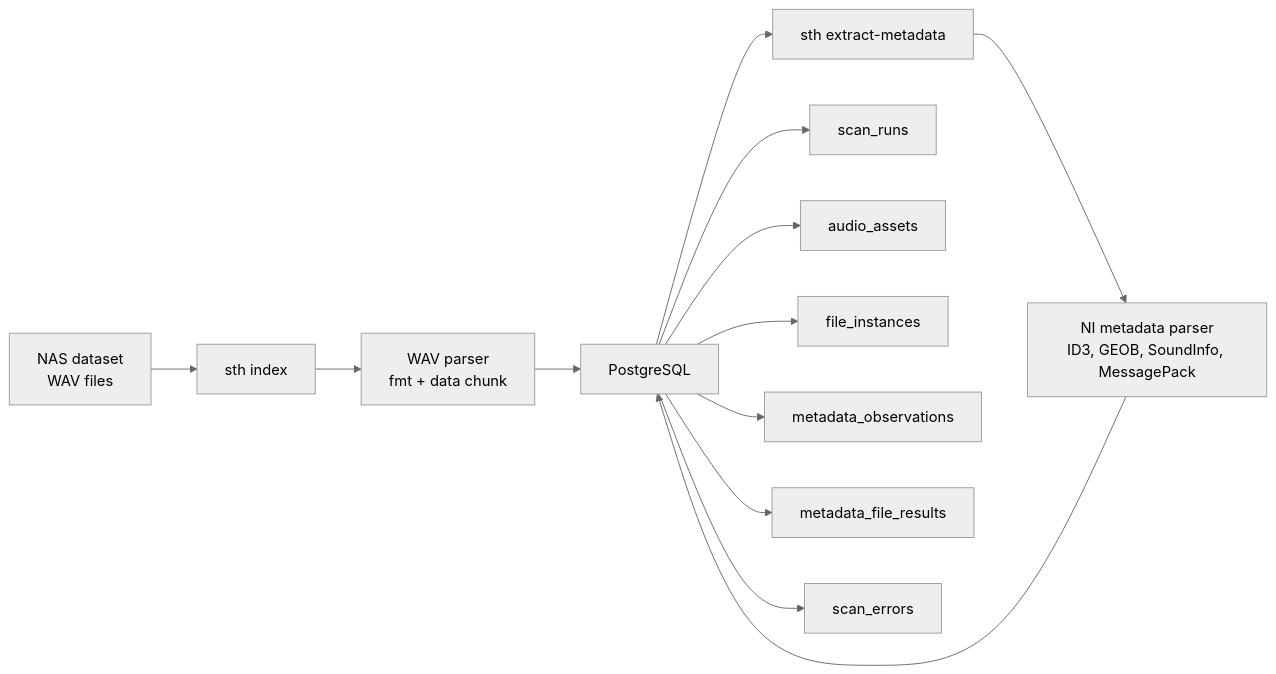
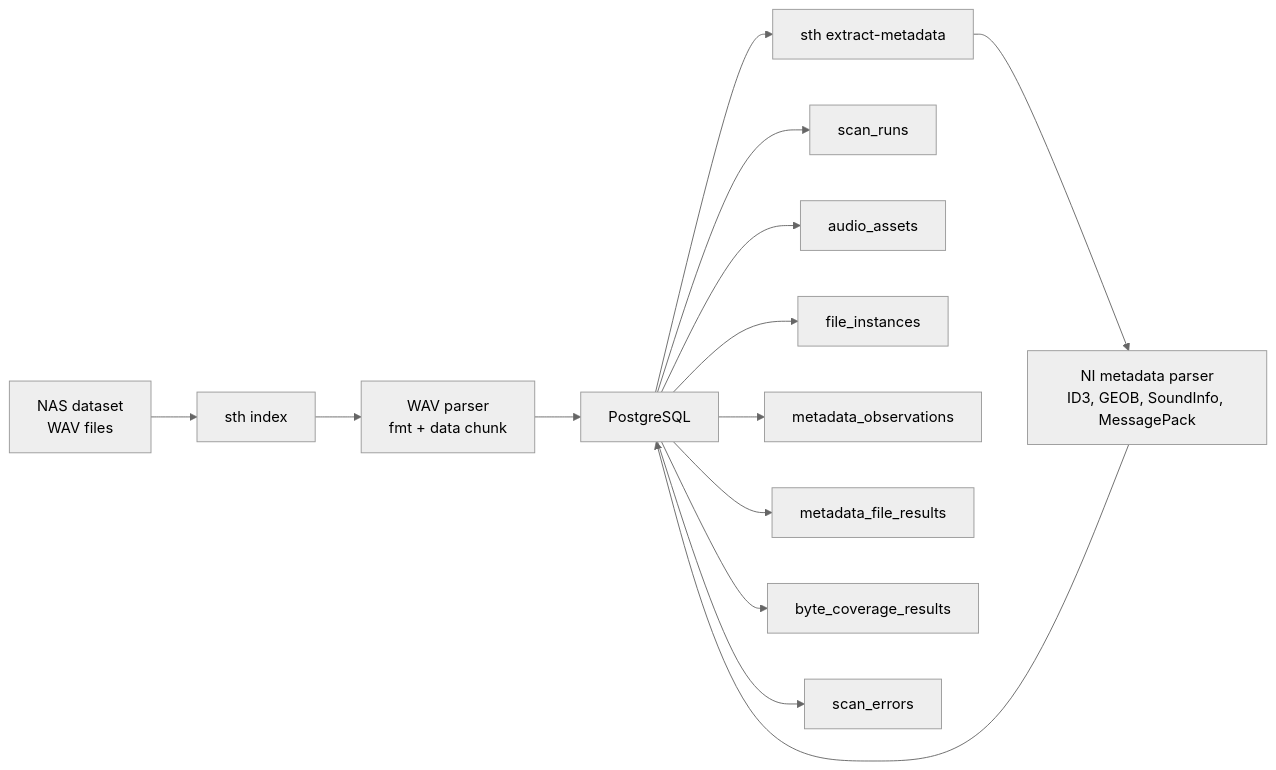
Before and after one commit to stefanklocke/sampletagharmonizer: the diagram in src/sampletagharmonizer/db/README.md, drawn with Mermaid (neutral theme). The commit also changed other lines of this file and 8 other files, not shown here.

Commit message:
byte coverage cases completed

````diff
--- a/src/sampletagharmonizer/db/README.md
+++ b/src/sampletagharmonizer/db/README.md
@@ -22,24 +22,25 @@
 ```mermaid
 flowchart LR
     nas["NAS dataset<br/>WAV files"]
     index["sth index"]
     metadata["sth extract-metadata"]
     wav["WAV parser<br/>fmt + data chunk"]
     ni["NI metadata parser<br/>ID3, GEOB, SoundInfo, MessagePack"]
     db["PostgreSQL"]
 
     nas --> index
     index --> wav
     wav --> db
 
     db --> metadata
     metadata --> ni
     ni --> db
 
     db --> scan_runs
     db --> audio_assets
     db --> file_instances
     db --> metadata_observations
     db --> metadata_file_results
+    db --> byte_coverage_results
     db --> scan_errors
 ```
````
